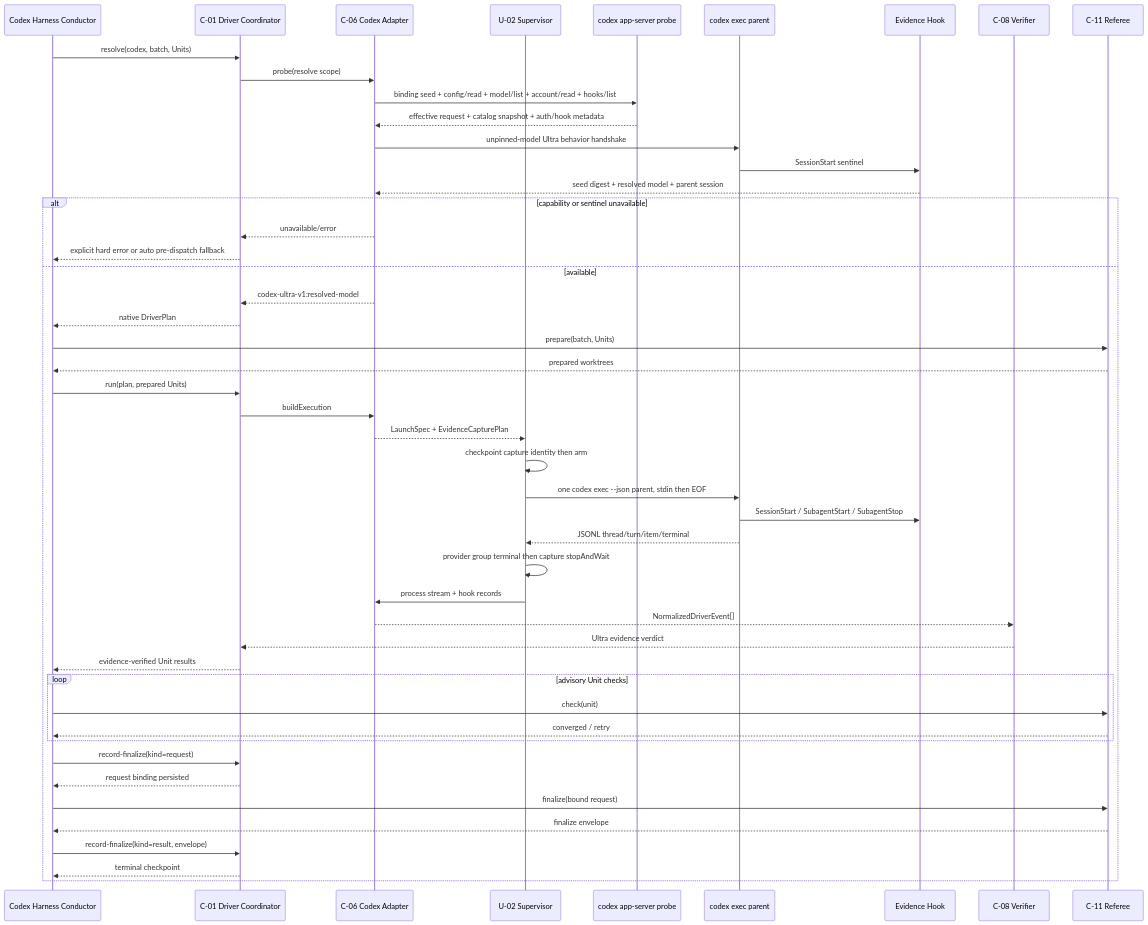
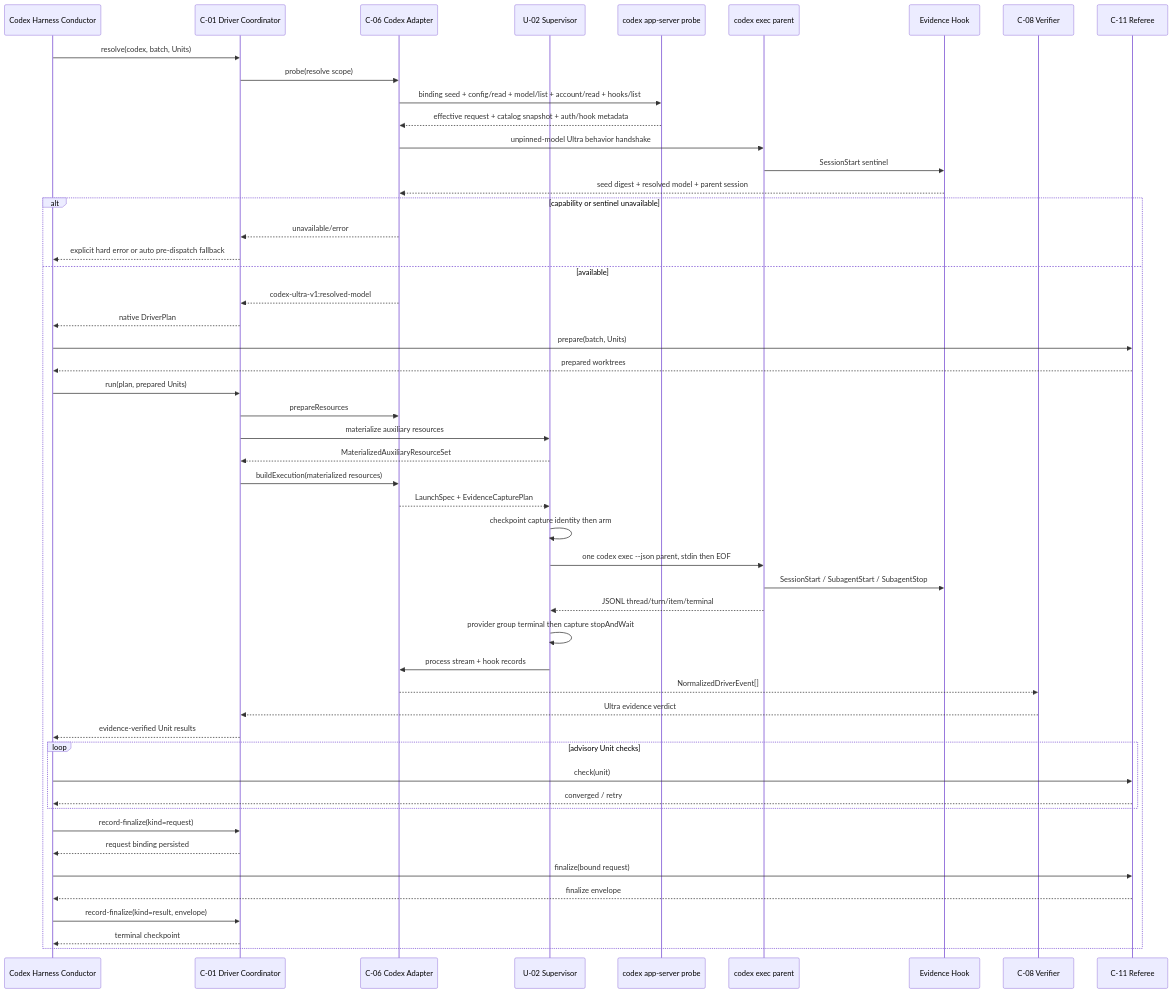
Before and after one commit to amadeus-dlc/amadeus: the diagram in amadeus/spaces/default/intents/260713-swarm-driver-migration/construction/codex-native-driver/functional-design/business-logic-model.md, drawn with Mermaid. The commit also changed other lines of this file and 64 other files, not shown here.

````diff
--- a/amadeus/spaces/default/intents/260713-swarm-driver-migration/construction/codex-native-driver/functional-design/business-logic-model.md
+++ b/amadeus/spaces/default/intents/260713-swarm-driver-migration/construction/codex-native-driver/functional-design/business-logic-model.md
@@ -39,51 +42,54 @@
 ```mermaid
 sequenceDiagram
   participant H as Codex Harness Conductor
   participant C as C-01 Driver Coordinator
   participant A as C-06 Codex Adapter
   participant S as U-02 Supervisor
   participant P as codex app-server probe
   participant X as codex exec parent
   participant K as Evidence Hook
   participant V as C-08 Verifier
   participant R as C-11 Referee
 
   H->>C: resolve(codex, batch, Units)
   C->>A: probe(resolve scope)
   A->>P: binding seed + config/read + model/list + account/read + hooks/list
   P-->>A: effective request + catalog snapshot + auth/hook metadata
   A->>X: unpinned-model Ultra behavior handshake
   X->>K: SessionStart sentinel
   K-->>A: seed digest + resolved model + parent session
   alt capability or sentinel unavailable
     A-->>C: unavailable/error
     C-->>H: explicit hard error or auto pre-dispatch fallback
   else available
     A-->>C: codex-ultra-v1:resolved-model
     C-->>H: native DriverPlan
     H->>R: prepare(batch, Units)
     R-->>H: prepared worktrees
     H->>C: run(plan, prepared Units)
-    C->>A: buildExecution
+    C->>A: prepareResources
+    C->>S: materialize auxiliary resources
+    S-->>C: MaterializedAuxiliaryResourceSet
+    C->>A: buildExecution(materialized resources)
     A-->>S: LaunchSpec + EvidenceCapturePlan
     S->>S: checkpoint capture identity then arm
     S->>X: one codex exec --json parent, stdin then EOF
     X->>K: SessionStart / SubagentStart / SubagentStop
     X-->>S: JSONL thread/turn/item/terminal
     S->>S: provider group terminal then capture stopAndWait
     S->>A: process stream + hook records
     A-->>V: NormalizedDriverEvent[]
     V-->>C: Ultra evidence verdict
     C-->>H: evidence-verified Unit results
     loop advisory Unit checks
       H->>R: check(unit)
       R-->>H: converged / retry
     end
     H->>C: record-finalize(kind=request)
     C-->>H: request binding persisted
     H->>R: finalize(bound request)
     R-->>H: finalize envelope
     H->>C: record-finalize(kind=result, envelope)
     C-->>H: terminal checkpoint
   end
 ```
````
